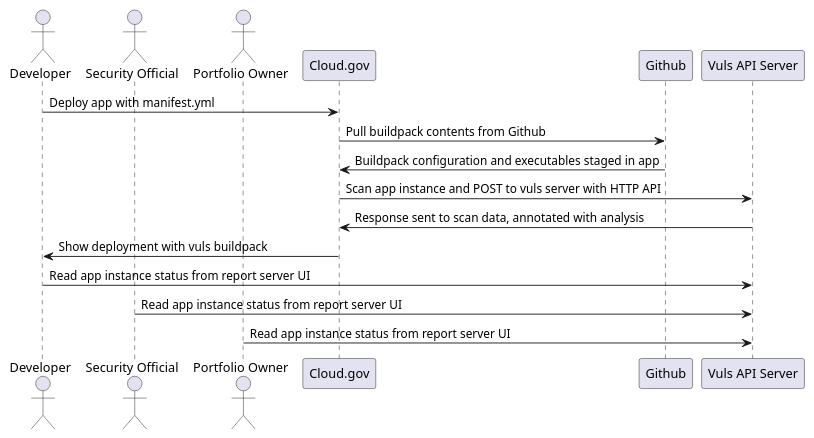
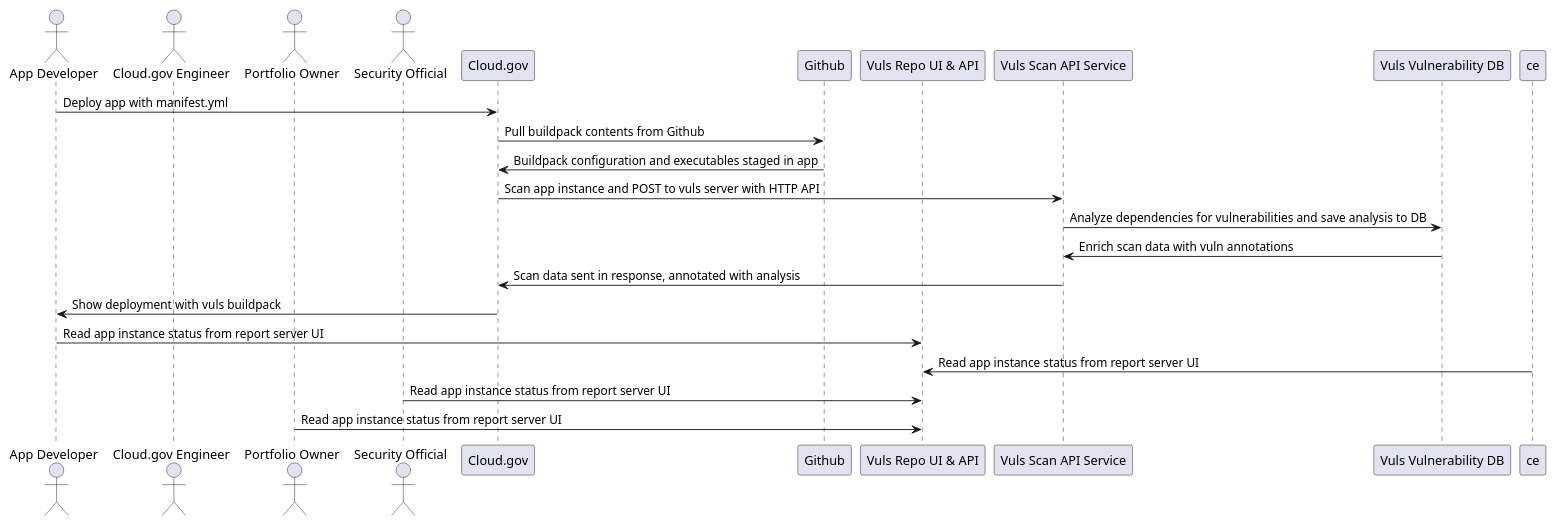
The diagram in scan_sequence_diagram.puml (18F/10x-dux-vuls-eval), drawn with PlantUML before and after one commit.

Commit message:
Add more complete sequence diagram.

```diff
--- a/scan_sequence_diagram.puml
+++ b/scan_sequence_diagram.puml
@@ -1,18 +1,25 @@
 @startuml
-actor Developer as dev
+actor "App Developer" as dev
+actor "Cloud.gov Engineer" as ceng
+actor "Portfolio Owner" as po
 actor "Security Official" as so
-actor "Portfolio Owner" as po
 participant Cloud.gov as cg
 participant Github as gh
-participant "Vuls API Server" as vs
+participant "Vuls Repo UI & API" as vso
+participant "Vuls Scan API Service" as vsa
+participant "Vuls Vulnerability DB" as vdb
+
 
 dev->cg: Deploy app with manifest.yml
 cg->gh: Pull buildpack contents from Github
 gh->cg: Buildpack configuration and executables staged in app
-cg->vs: Scan app instance and POST to vuls server with HTTP API
-vs->cg: Response sent to scan data, annotated with analysis
+cg->vsa: Scan app instance and POST to vuls server with HTTP API
+vsa->vdb: Analyze dependencies for vulnerabilities and save analysis to DB
+vdb->vsa: Enrich scan data with vuln annotations
+vsa->cg: Scan data sent in response, annotated with analysis
 cg->dev: Show deployment with vuls buildpack
-dev->vs: Read app instance status from report server UI
-so->vs: Read app instance status from report server UI
-po->vs: Read app instance status from report server UI
+dev->vso: Read app instance status from report server UI
+ce->vso: Read app instance status from report server UI
+so->vso: Read app instance status from report server UI
+po->vso: Read app instance status from report server UI
 @enduml
```
